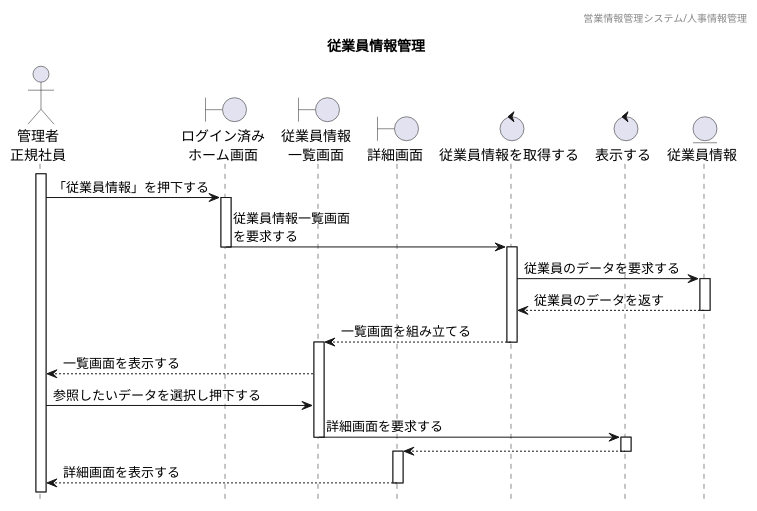
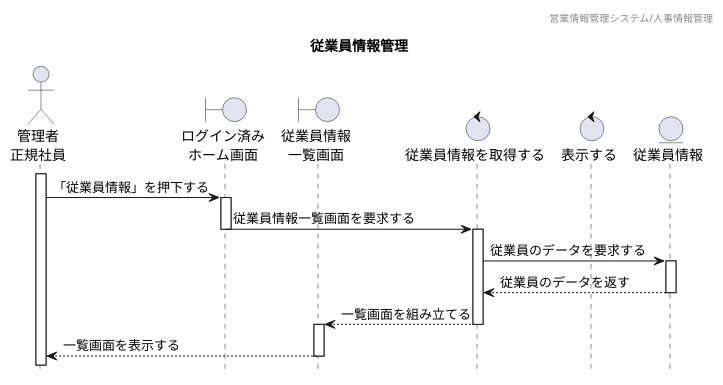
One commit to HaruShim/Sotuken changed the diagram in 各種設計書/4シーケンス図/0.管理者-人事_一覧参照.plantuml. Above: the diagram before and after it, drawn with PlantUML. The commit also changed 5 other files, not shown here.

```diff
--- a/各種設計書/4シーケンス図/0.管理者-人事_一覧参照.plantuml
+++ b/各種設計書/4シーケンス図/0.管理者-人事_一覧参照.plantuml
@@ -1,53 +1,40 @@
 @startuml シーケンス図
 
 ' 下アイコン除去
 hide footbox
 ' ヘッダー
 header 営業情報管理システム/人事情報管理
 ' タイトル
 title 従業員情報管理
 
 
 ' アイコン
 actor "管理者\n正規社員" as Act
 boundary "ログイン済み\nホーム画面" as HomeSc
 boundary "従業員情報\n一覧画面" as StaffListSc
-boundary "詳細画面" as StaffSc
 control "従業員情報を取得する" as StaffCl
 control "表示する" as ScCl
 entity "従業員情報" as StaffDB
 
 
 
 ' ログイン済みホーム画面から一覧表示までのシーケンス
 activate Act
 Act -> HomeSc : 「従業員情報」を押下する
 activate HomeSc
-HomeSc -> StaffCl : 従業員情報一覧画面\nを要求する
+HomeSc -> StaffCl : 従業員情報一覧画面を要求する
 deactivate
 activate StaffCl
-
 StaffCl -> StaffDB : 従業員のデータを要求する
 activate StaffDB
 StaffCl <-- StaffDB : 従業員のデータを返す
 deactivate
 StaffListSc <-- StaffCl : 一覧画面を組み立てる
 deactivate
 activate StaffListSc
 Act <-- StaffListSc : 一覧画面を表示する
-
-
-' 詳細画面表示までのシーケンス
-Act -> StaffListSc : 参照したいデータを選択し押下する
-StaffListSc -> ScCl : 詳細画面を要求する
-deactivate
-activate ScCl
-StaffSc <-- ScCl
-deactivate
-activate StaffSc
-Act <-- StaffSc : 詳細画面を表示する
 deactivate
 
 
 
 @enduml
```
